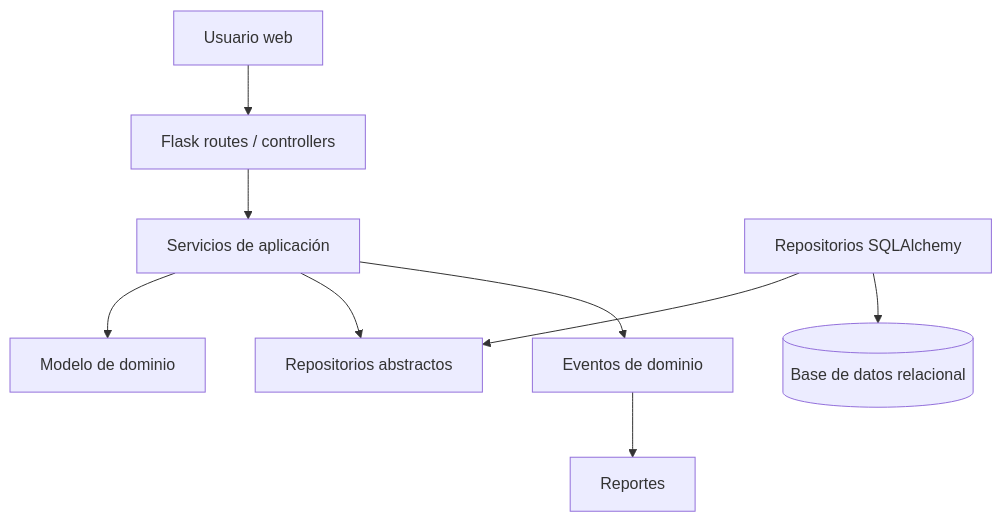
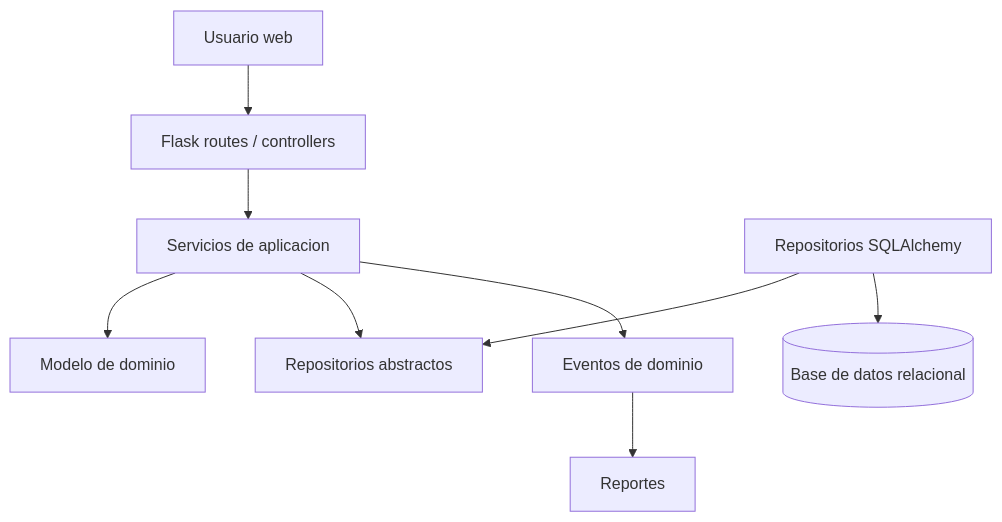
One commit to javierRock/SoftwareTextil changed the first of 4 diagrams in docs/arquitectura.md. Above: the diagram before and after it, drawn with Mermaid. The commit also changed other lines of this file and 2 other files, not shown here.

````diff
--- a/docs/arquitectura.md
+++ b/docs/arquitectura.md
@@ -25,11 +27,11 @@
 ```mermaid
 flowchart TD
     UsuarioWeb["Usuario web"] --> Flask["Flask routes / controllers"]
-    Flask --> AppServices["Servicios de aplicación"]
+    Flask --> AppServices["Servicios de aplicacion"]
     AppServices --> DomainModel["Modelo de dominio"]
     AppServices --> Ports["Repositorios abstractos"]
     SQLA["Repositorios SQLAlchemy"] --> Ports
     SQLA --> DB[("Base de datos relacional")]
     AppServices --> Events["Eventos de dominio"]
     Events --> Reports["Reportes"]
 ```
````
